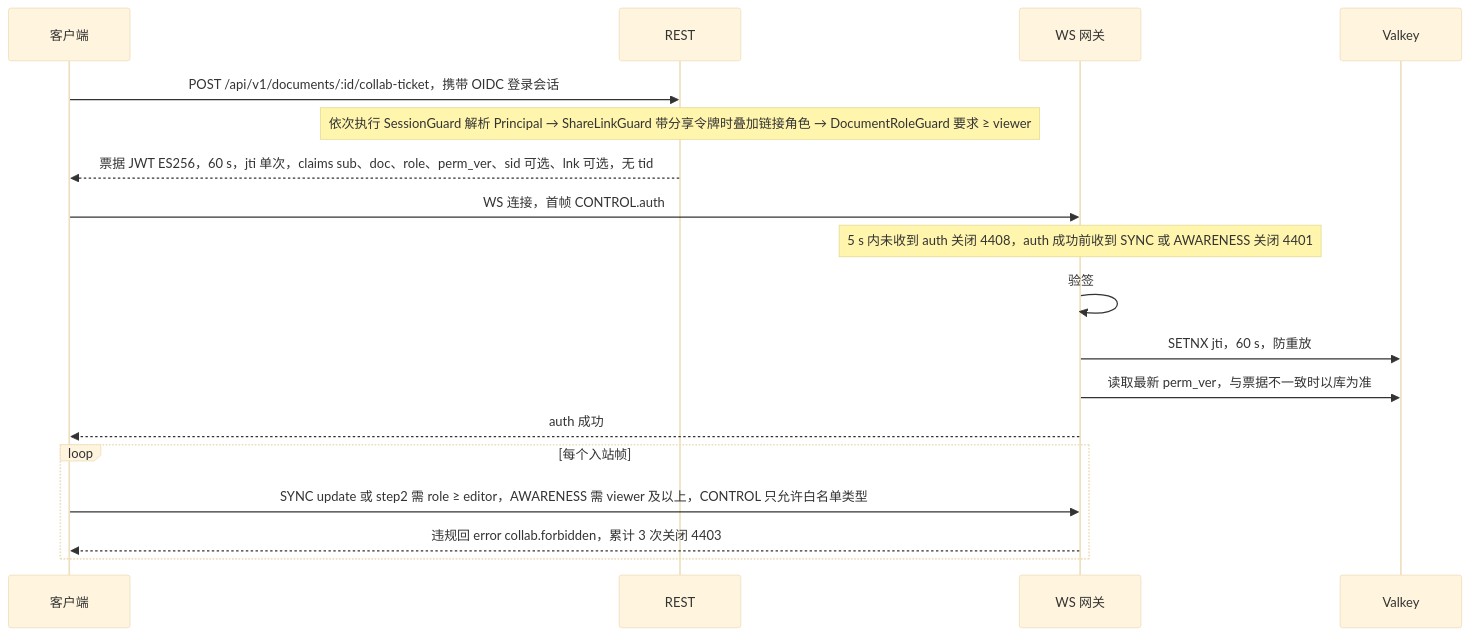
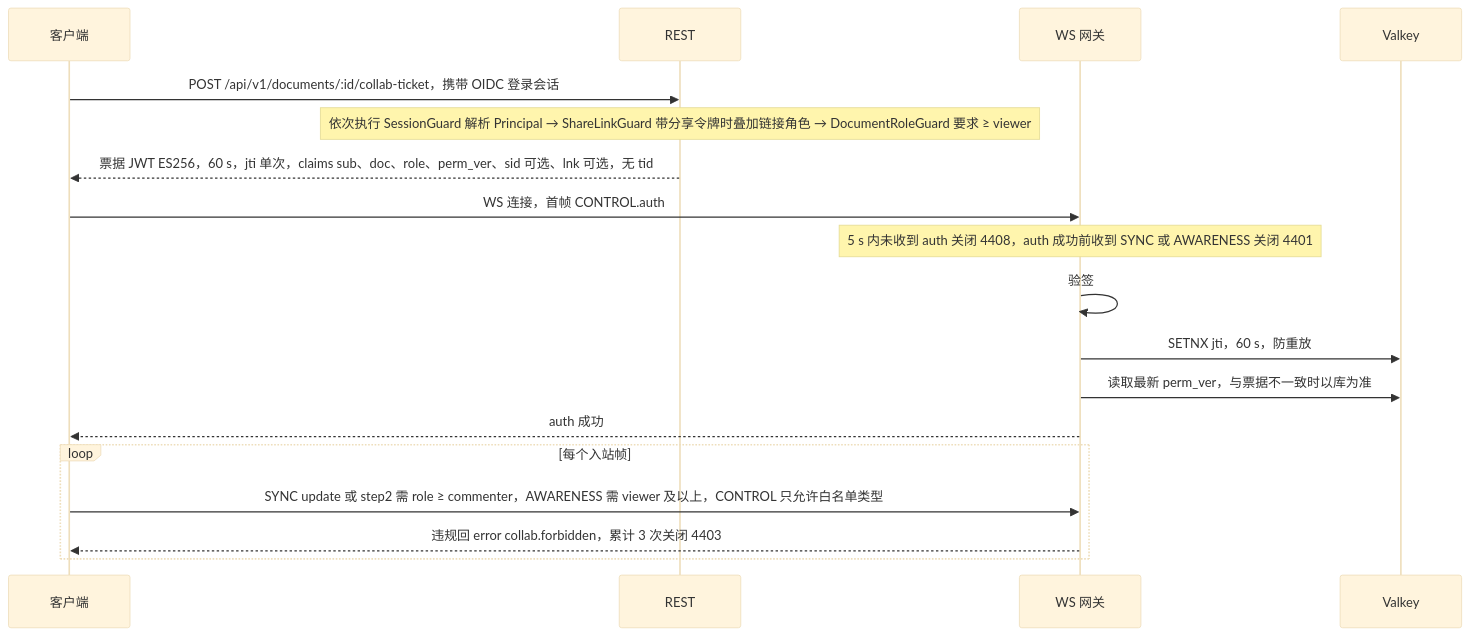
The first of 2 diagrams in docs/30-architecture/adr/0029-gateway-authorization.md (Xeonice/cordis-ppt-editor), drawn with Mermaid (base theme) before and after one commit. The commit also changed other lines of this file and 79 other files, not shown here.

````diff
--- a/docs/30-architecture/adr/0029-gateway-authorization.md
+++ b/docs/30-architecture/adr/0029-gateway-authorization.md
@@ -25,20 +25,20 @@
 ```mermaid
 sequenceDiagram
   participant client as 客户端
   participant rest as REST
   participant gw as WS 网关
   participant valkey as Valkey
   client->>rest: POST /api/v1/documents/:id/collab-ticket，携带 OIDC 登录会话
   Note over rest: 依次执行 SessionGuard 解析 Principal → ShareLinkGuard 带分享令牌时叠加链接角色 → DocumentRoleGuard 要求 ≥ viewer
   rest-->>client: 票据 JWT ES256，60 s，jti 单次，claims sub、doc、role、perm_ver、sid 可选、lnk 可选，无 tid
   client->>gw: WS 连接，首帧 CONTROL.auth
   Note over gw: 5 s 内未收到 auth 关闭 4408，auth 成功前收到 SYNC 或 AWARENESS 关闭 4401
   gw->>gw: 验签
   gw->>valkey: SETNX jti，60 s，防重放
   gw->>valkey: 读取最新 perm_ver，与票据不一致时以库为准
   gw-->>client: auth 成功
   loop 每个入站帧
-    client->>gw: SYNC update 或 step2 需 role ≥ editor，AWARENESS 需 viewer 及以上，CONTROL 只允许白名单类型
+    client->>gw: SYNC update 或 step2 需 role ≥ commenter，AWARENESS 需 viewer 及以上，CONTROL 只允许白名单类型
     gw-->>client: 违规回 error collab.forbidden，累计 3 次关闭 4403
   end
 ```
````
